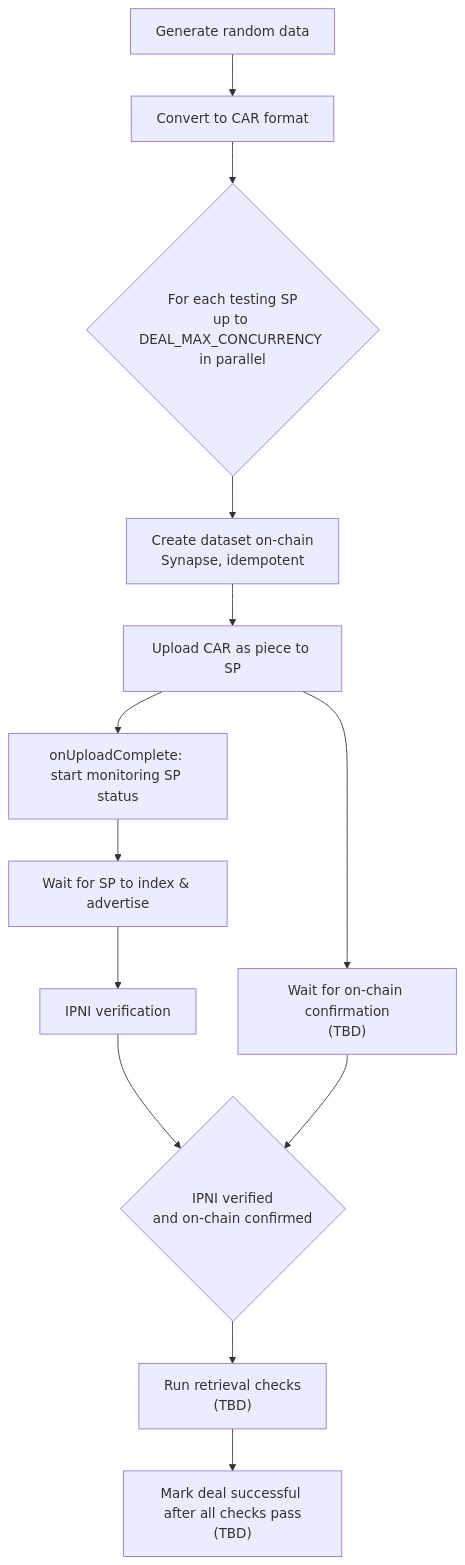
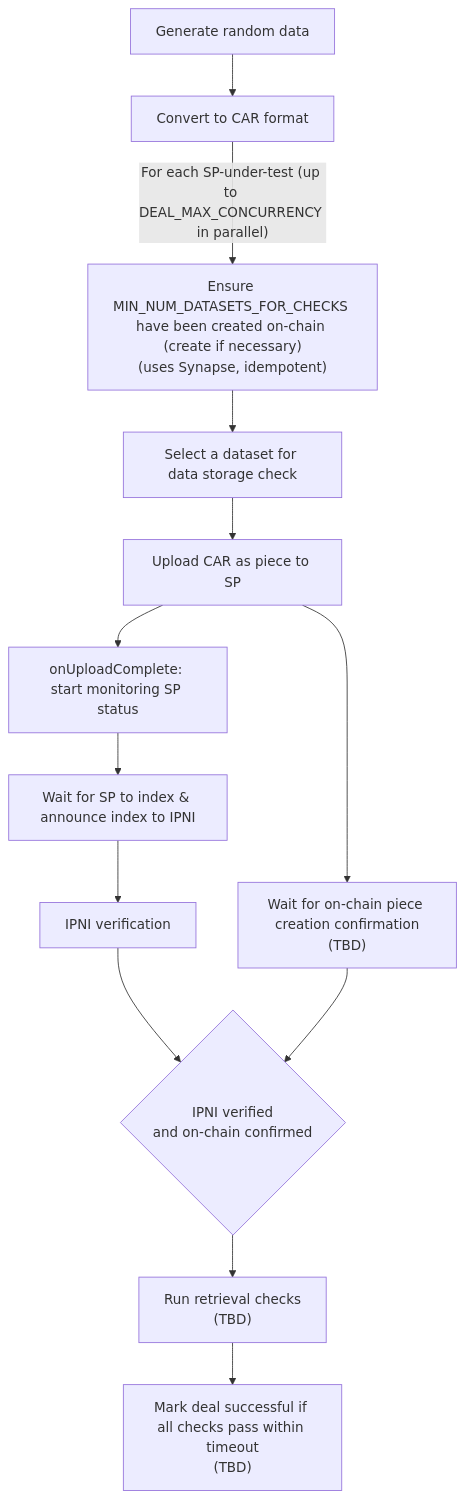
Before and after one commit to FilOzone/dealbot: the first of 2 diagrams in docs/checks/data-storage.md, drawn with Mermaid. The commit also changed other lines of this file and 3 other files, not shown here.

First line of the commit message:
docs: explain deal status as composite of sub-statuses with branching flow

````diff
--- a/docs/checks/data-storage.md
+++ b/docs/checks/data-storage.md
@@ -49,15 +47,15 @@
 ```mermaid
 flowchart TD
   A["Generate random data"] --> B["Convert to CAR format"]
-  B --> C{"For each testing SP<br/>up to DEAL_MAX_CONCURRENCY in parallel"}
-  C --> D["Create dataset on-chain<br/>Synapse, idempotent"]
-  D --> E["Upload CAR as piece to SP"]
-  E --> F["onUploadComplete: start monitoring SP status"]
-  F --> G["Wait for SP to index & advertise"]
-  G --> H["IPNI verification"]
-  E --> I["Wait for on-chain confirmation<br/>(TBD)"]
-  H --> J{IPNI verified<br/>and on-chain confirmed}
-  I --> J
-  J --> K["Run retrieval checks<br/>(TBD)"]
-  K --> L["Mark deal successful after all checks pass<br/>(TBD)"]
+  B -- "For each SP-under-test (up to DEAL_MAX_CONCURRENCY in parallel)" --> D["Ensure MIN_NUM_DATASETS_FOR_CHECKS have been created on-chain (create if necessary)<br/>(uses Synapse, idempotent)"]
+  D --> E["Select a dataset for data storage check"]
+  E --> F["Upload CAR as piece to SP"]
+  F --> G["onUploadComplete: start monitoring SP status"]
+  G --> H["Wait for SP to index & announce index to IPNI"]
+  H --> I["IPNI verification"]
+  F --> J["Wait for on-chain piece creation confirmation<br/>(TBD)"]
+  I --> K{IPNI verified<br/>and on-chain confirmed}
+  J --> K
+  K --> L["Run retrieval checks<br/>(TBD)"]
+  L --> M["Mark deal successful if all checks pass within timeout<br/>(TBD)"]
 ```
````
